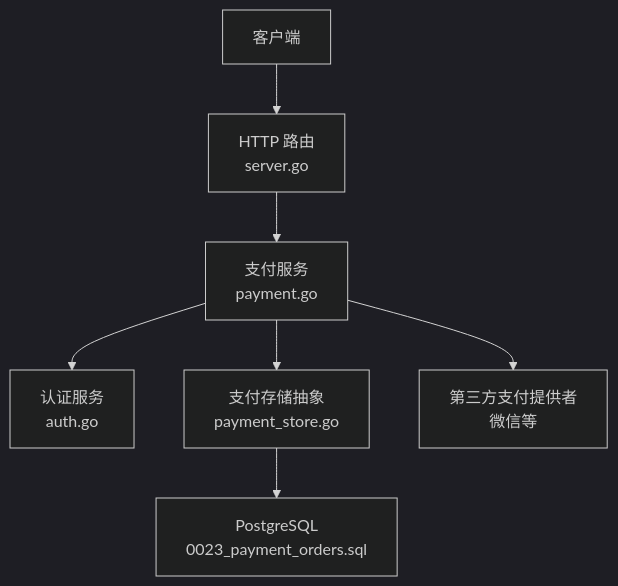
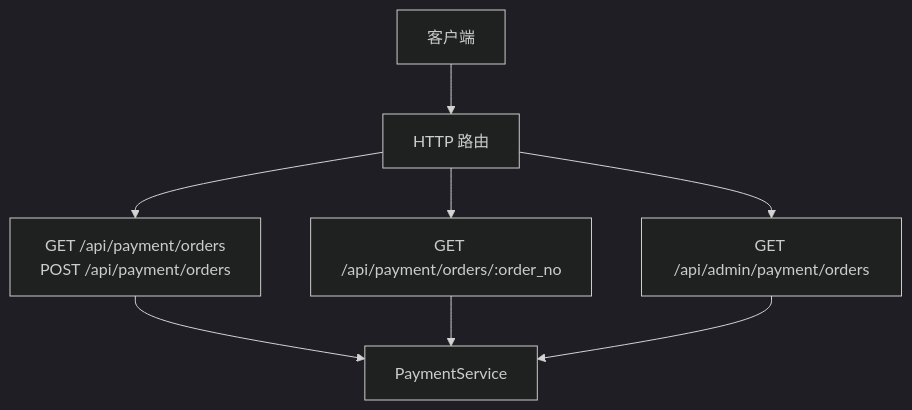
One commit to alvinwangzi/goodhr changed the first of 6 diagrams in .qoder/repowiki/zh/content/API接口文档/云端REST API/支付订阅API/订单管理接口.md. Above: the diagram before and after it, drawn with Mermaid (dark theme). The commit also changed other lines of this file and 149 other files, not shown here.

````diff
--- a/.qoder/repowiki/zh/content/API接口文档/云端REST API/支付订阅API/订单管理接口.md
+++ b/.qoder/repowiki/zh/content/API接口文档/云端REST API/支付订阅API/订单管理接口.md
@@ -40,9 +34,10 @@
 ```mermaid
 graph TB
-Client["客户端"] --> Router["HTTP 路由<br/>server.go"]
-Router --> PaySvc["支付服务<br/>payment.go"]
-PaySvc --> Auth["认证服务<br/>auth.go"]
-PaySvc --> Store["支付存储抽象<br/>payment_store.go"]
-Store --> DB["PostgreSQL<br/>0023_payment_orders.sql"]
-PaySvc --> Provider["第三方支付提供者<br/>微信等"]
+Client["客户端"] --> Router["HTTP 路由"]
+Router --> Orders["GET /api/payment/orders<br/>POST /api/payment/orders"]
+Router --> OrderDetail["GET /api/payment/orders/:order_no"]
+Router --> AdminOrders["GET /api/admin/payment/orders"]
+Orders --> PS["PaymentService"]
+OrderDetail --> PS
+AdminOrders --> PS
 ```
````
